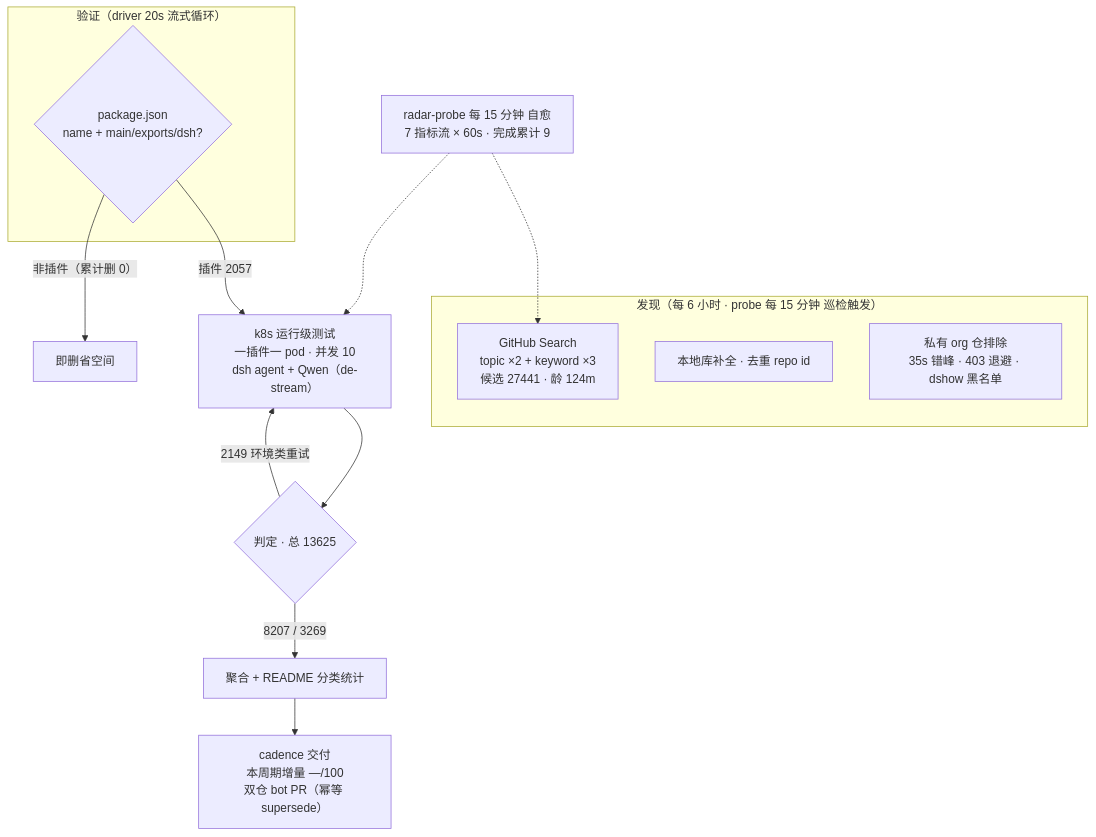
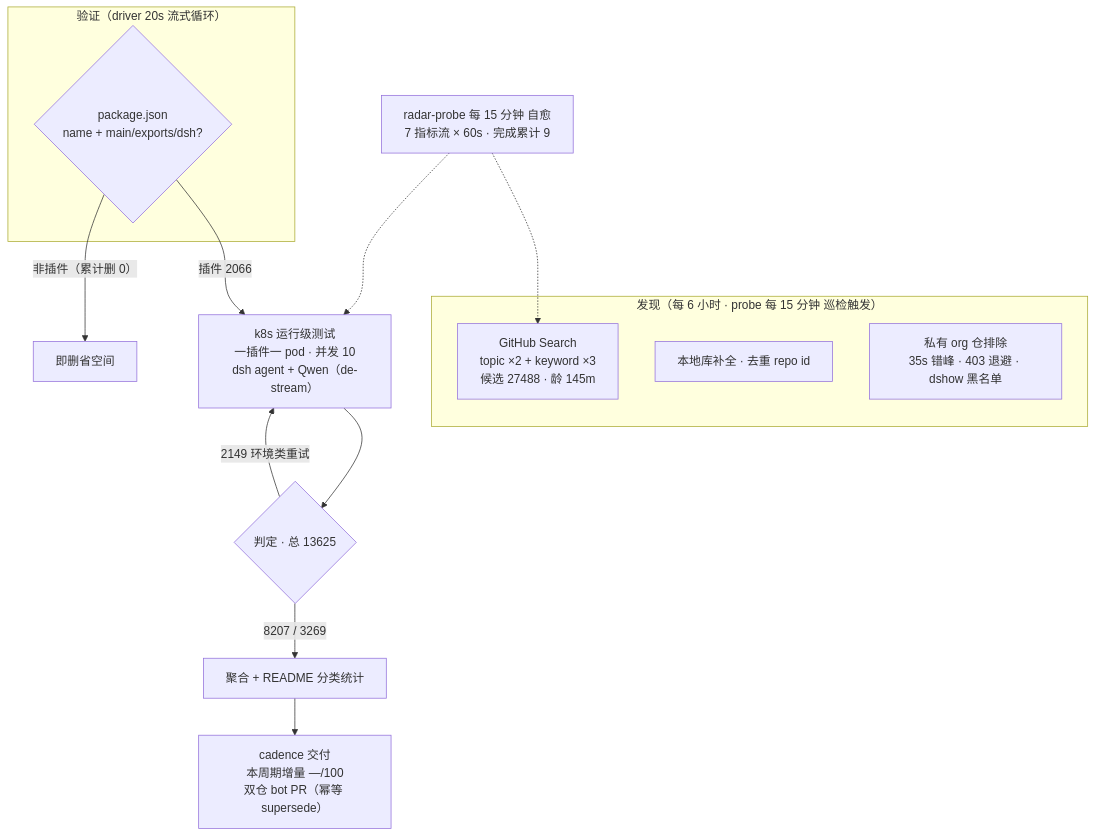
Before and after one commit to Zhidao-Lab-OSS/awesome-dsh-plugins: the diagram in README.md, drawn with Mermaid. The commit also changed other lines of this file and 1 other file, not shown here.

````diff
--- a/README.md
+++ b/README.md
@@ -54,20 +54,20 @@
 ```mermaid
 flowchart TB
     subgraph Discovery["发现（每 6 小时 · probe 每 15 分钟 巡检触发）"]
-        A1["GitHub Search<br/>topic ×2 + keyword ×3<br/>候选 27441 · 龄 124m"]
+        A1["GitHub Search<br/>topic ×2 + keyword ×3<br/>候选 27488 · 龄 145m"]
         A2["本地库补全 · 去重 repo id"]
         A3["私有 org 仓排除<br/>35s 错峰 · 403 退避 · dshow 黑名单"]
     end
     subgraph Validation["验证（driver 20s 流式循环）"]
         B1{"package.json<br/>name + main/exports/dsh?"}
     end
-    B1 -->|"插件 2057"| C1["k8s 运行级测试<br/>一插件一 pod · 并发 10<br/>dsh agent + Qwen（de-stream）"]
+    B1 -->|"插件 2066"| C1["k8s 运行级测试<br/>一插件一 pod · 并发 10<br/>dsh agent + Qwen（de-stream）"]
     B1 -->|"非插件（累计删 0）"| B3["即删省空间"]
     C1 --> D1{"判定 · 总 13625"}
     D1 -->|"8207 / 3269"| E1["聚合 + README 分类统计"]
     D1 -->|"2149 环境类重试"| C1
     E1 --> E2["cadence 交付<br/>本周期增量 —/100<br/>双仓 bot PR（幂等 supersede）"]
     M["radar-probe 每 15 分钟 自愈<br/>7 指标流 × 60s · 完成累计 9"]
     M -.-> A1
     M -.-> C1
 ```
````
